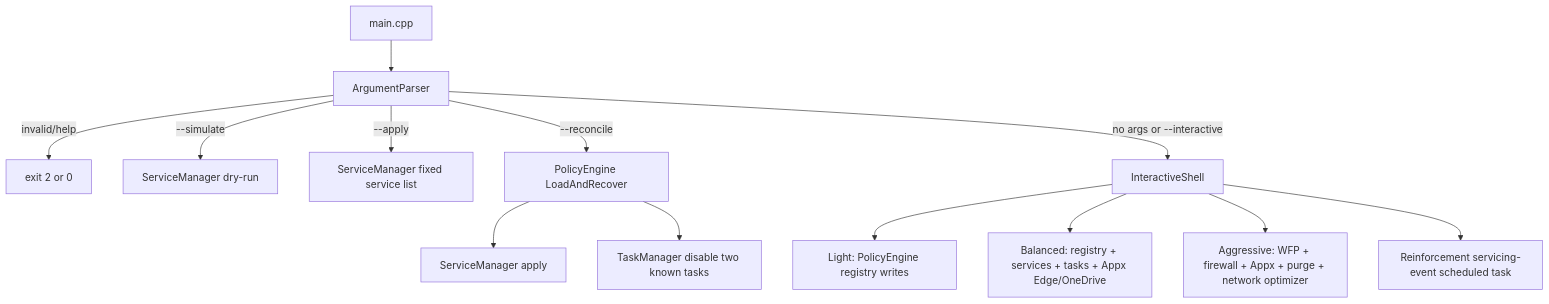
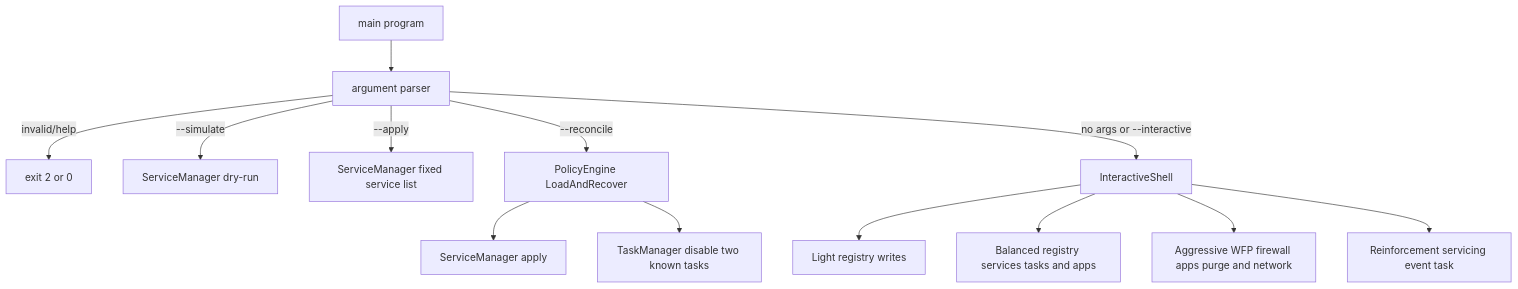
The first of 3 diagrams in docs/ARCHITECTURE.md (genesisgzdev/Aegis11), drawn with Mermaid before and after one commit. The commit also changed other lines of this file and 1 other file, not shown here.

Commit message:
Fix GitHub Mermaid diagrams

```diff
--- a/docs/ARCHITECTURE.md
+++ b/docs/ARCHITECTURE.md
@@ -11,15 +11,15 @@
 ~~~mermaid
 flowchart TD
-    MAIN[main.cpp] --> P[ArgumentParser]
+    MAIN[main program] --> P[argument parser]
     P -->|invalid/help| EXIT[exit 2 or 0]
     P -->|--simulate| DRY[ServiceManager dry-run]
     P -->|--apply| APPLY[ServiceManager fixed service list]
     P -->|--reconcile| REC[PolicyEngine LoadAndRecover]
     REC --> S[ServiceManager apply]
     REC --> T[TaskManager disable two known tasks]
     P -->|no args or --interactive| UI[InteractiveShell]
-    UI --> L[Light: PolicyEngine registry writes]
-    UI --> B[Balanced: registry + services + tasks + Appx Edge/OneDrive]
-    UI --> A[Aggressive: WFP + firewall + Appx + purge + network optimizer]
-    UI --> W[Reinforcement servicing-event scheduled task]
+    UI --> L[Light registry writes]
+    UI --> B[Balanced registry services tasks and apps]
+    UI --> A[Aggressive WFP firewall apps purge and network]
+    UI --> W[Reinforcement servicing event task]
 ~~~
```
